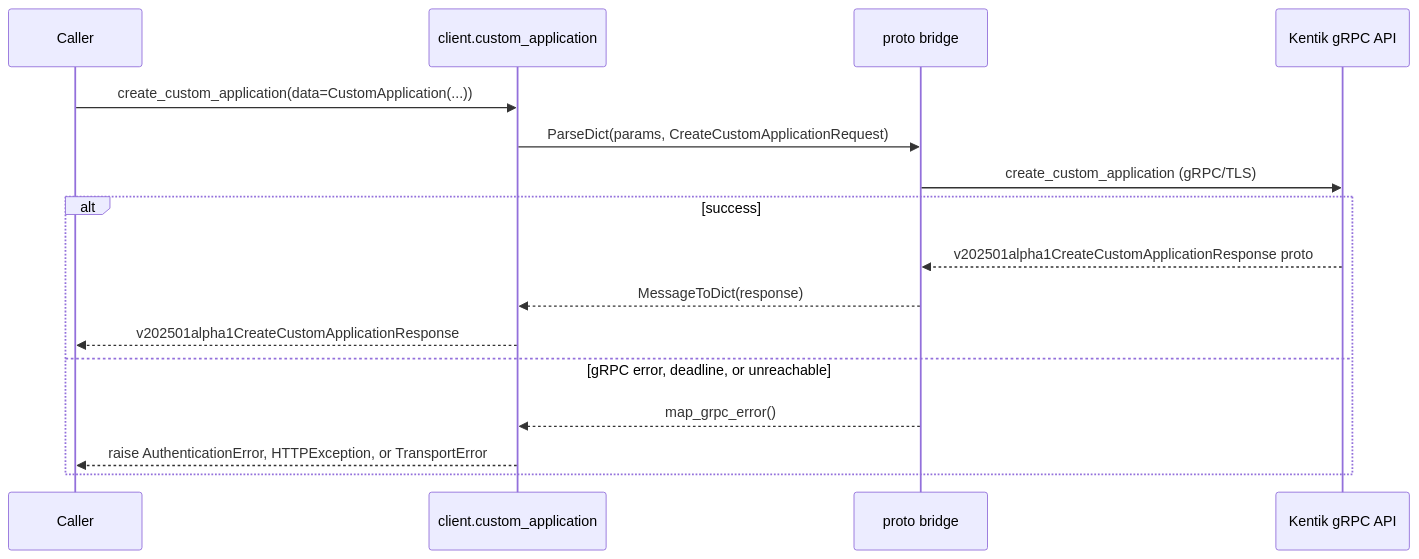
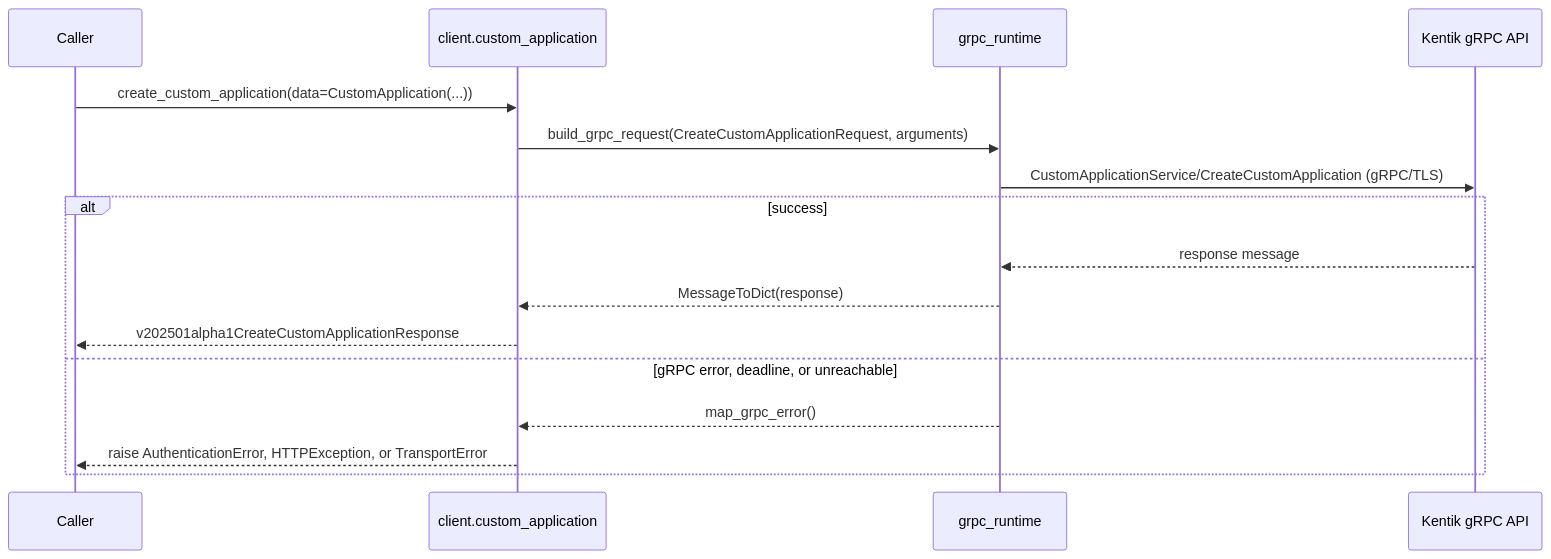
The fifth of 12 diagrams in docs/sphinx/services/custom_application.md (alexdearaujo/community_sdk_python), drawn with Mermaid before and after one commit. The commit also changed other lines of this file and 37 other files, not shown here.

First line of the commit message:
docs: show the real RPC in each service page's gRPC diagram

````diff
--- a/docs/sphinx/services/custom_application.md
+++ b/docs/sphinx/services/custom_application.md
@@ -127,19 +127,19 @@
 ```mermaid
 sequenceDiagram
     participant C as Caller
     participant W as client.custom_application
-    participant B as proto bridge
+    participant R as grpc_runtime
     participant API as Kentik gRPC API
 
     C->>W: create_custom_application(data=CustomApplication(...))
-    W->>B: ParseDict(params, CreateCustomApplicationRequest)
-    B->>API: create_custom_application (gRPC/TLS)
+    W->>R: build_grpc_request(CreateCustomApplicationRequest, arguments)
+    R->>API: CustomApplicationService/CreateCustomApplication (gRPC/TLS)
     alt success
-        API-->>B: v202501alpha1CreateCustomApplicationResponse proto
-        B-->>W: MessageToDict(response)
+        API-->>R: response message
+        R-->>W: MessageToDict(response)
         W-->>C: v202501alpha1CreateCustomApplicationResponse
     else gRPC error, deadline, or unreachable
-        B-->>W: map_grpc_error()
+        R-->>W: map_grpc_error()
         W-->>C: raise AuthenticationError, HTTPException, or TransportError
     end
 ```
````
